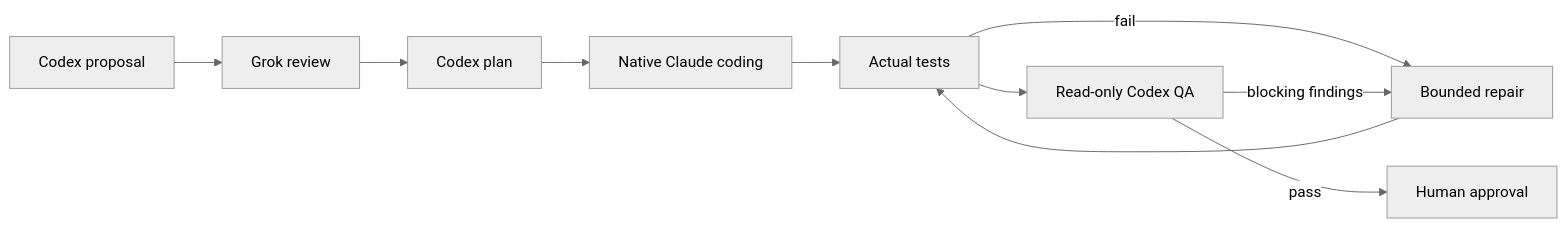
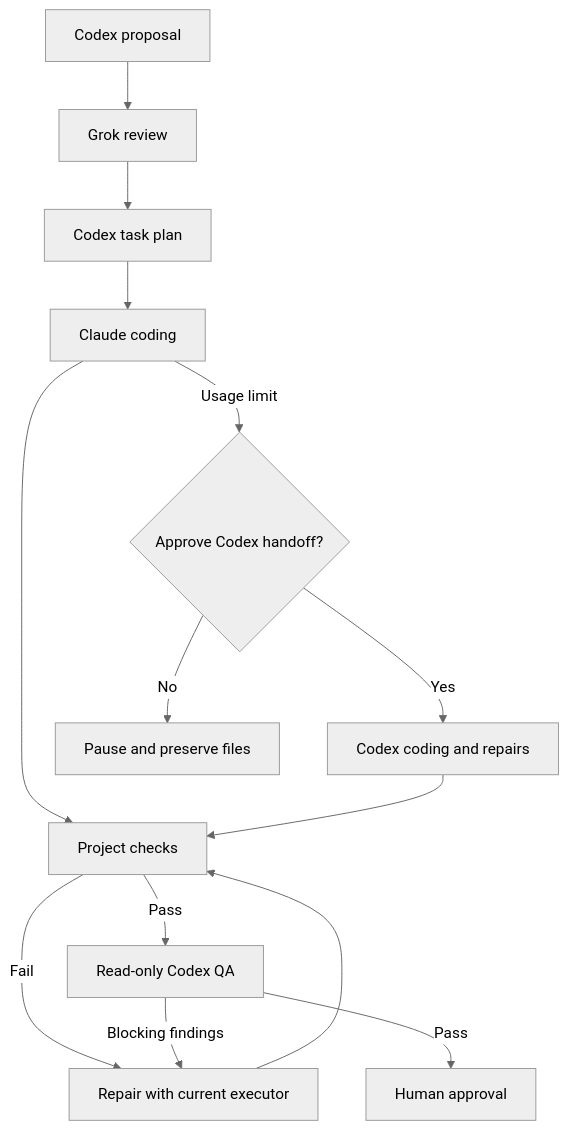
One commit to radowitz/concord-plugin changed the diagram in README.md. Above: the diagram before and after it, drawn with Mermaid (neutral theme). The commit also changed other lines of this file and 3 other files, not shown here.

````diff
--- a/README.md
+++ b/README.md
@@ -7,12 +61,14 @@
 ```mermaid
-flowchart LR
-  A[Codex proposal] --> B[Grok review]
-  B --> C[Codex plan]
-  C --> D[Native Claude coding]
-  D --> E[Actual tests]
-  E -->|fail| G[Bounded repair]
-  E --> F[Read-only Codex QA]
-  F -->|blocking findings| G[Bounded repair]
-  G --> E
-  F -->|pass| H[Human approval]
+flowchart TD
+  P[Codex proposal] --> R[Grok review] --> L[Codex task plan] --> C[Claude coding]
+  C --> T[Project checks]
+  C -->|Usage limit| U{Approve Codex handoff?}
+  U -->|Yes| X[Codex coding and repairs]
+  U -->|No| S[Pause and preserve files]
+  X --> T
+  T -->|Pass| Q[Read-only Codex QA]
+  T -->|Fail| F[Repair with current executor]
+  Q -->|Blocking findings| F
+  F --> T
+  Q -->|Pass| H[Human approval]
 ```
````
